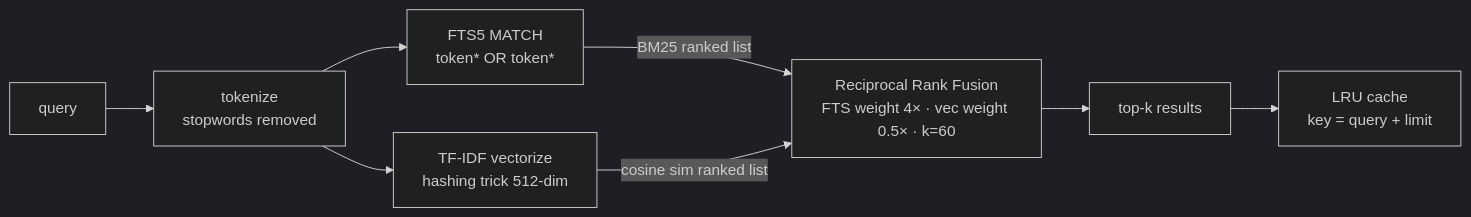
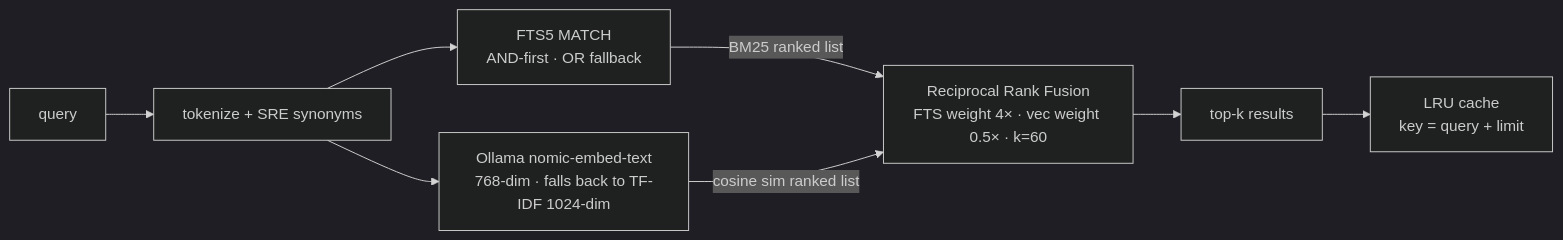
Before and after one commit to Blacklotus89898/DaVinci: the second of 3 diagrams in docs/architecture.md, drawn with Mermaid (dark theme). The commit also changed 6 other files, not shown here.

First line of the commit message:
feat: add Ollama nomic-embed-text as active embedding provider

````diff
--- a/docs/architecture.md
+++ b/docs/architecture.md
@@ -46,11 +46,11 @@
 ```mermaid
 flowchart LR
-    Q[query] --> TOK[tokenize<br/>stopwords removed]
-    TOK --> FTS5[FTS5 MATCH<br/>token* OR token*]
-    TOK --> TFIDF[TF-IDF vectorize<br/>hashing trick 512-dim]
+    Q[query] --> TOK[tokenize + SRE synonyms]
+    TOK --> FTS5["FTS5 MATCH<br/>AND-first · OR fallback"]
+    TOK --> EMB["Ollama nomic-embed-text<br/>768-dim · falls back to TF-IDF 1024-dim"]
     FTS5 -->|BM25 ranked list| RRF
-    TFIDF -->|cosine sim ranked list| RRF
-    RRF[Reciprocal Rank Fusion<br/>FTS weight 4× · vec weight 0.5× · k=60]
+    EMB -->|cosine sim ranked list| RRF
+    RRF["Reciprocal Rank Fusion<br/>FTS weight 4× · vec weight 0.5× · k=60"]
     RRF --> TOP[top-k results]
-    TOP --> CACHE[LRU cache<br/>key = query + limit]
+    TOP --> CACHE["LRU cache<br/>key = query + limit"]
 ```
````
